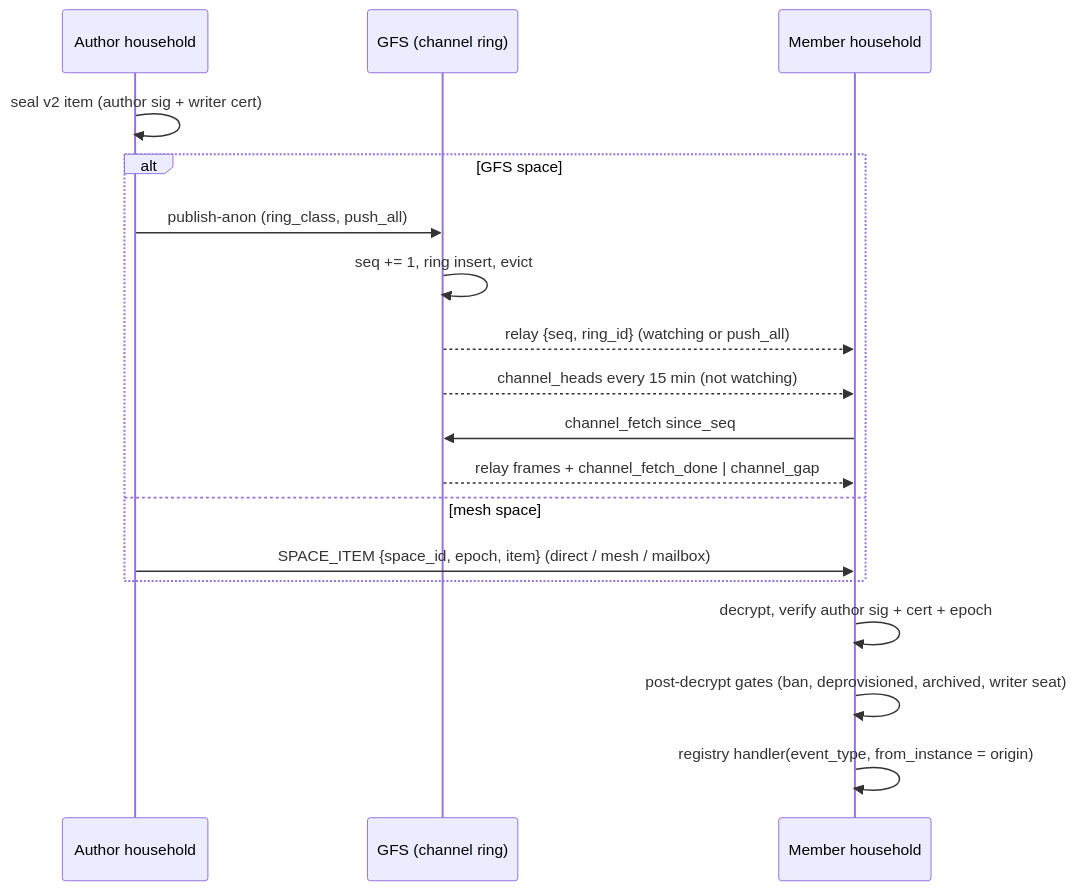
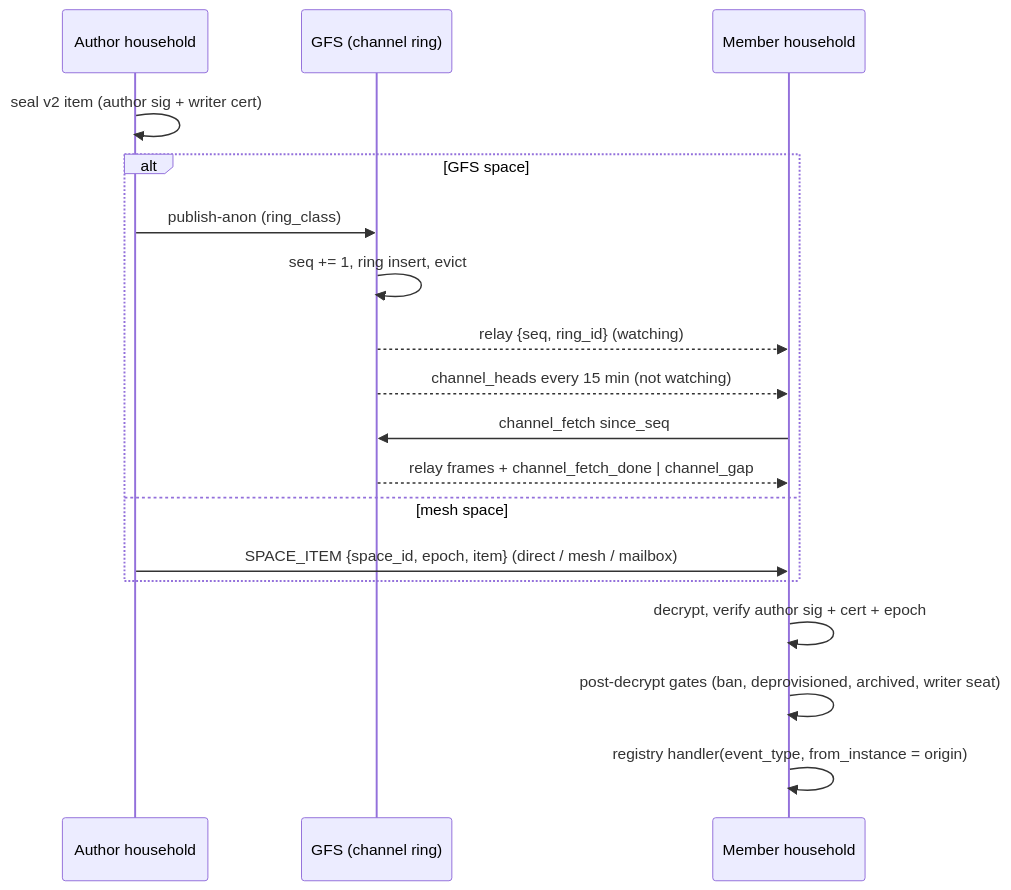
The diagram in docs/protocol/space-items.md (social-home-io/socialhome), drawn with Mermaid before and after one commit. The commit also changed other lines of this file and 44 other files, not shown here.

````diff
--- a/docs/protocol/space-items.md
+++ b/docs/protocol/space-items.md
@@ -154,20 +153,20 @@
 ```mermaid
 sequenceDiagram
     participant A as Author household
     participant G as GFS (channel ring)
     participant M as Member household
     A->>A: seal v2 item (author sig + writer cert)
     alt GFS space
-        A->>G: publish-anon (ring_class, push_all)
+        A->>G: publish-anon (ring_class)
         G->>G: seq += 1, ring insert, evict
-        G-->>M: relay {seq, ring_id} (watching or push_all)
+        G-->>M: relay {seq, ring_id} (watching)
         G-->>M: channel_heads every 15 min (not watching)
         M->>G: channel_fetch since_seq
         G-->>M: relay frames + channel_fetch_done | channel_gap
     else mesh space
         A->>M: SPACE_ITEM {space_id, epoch, item} (direct / mesh / mailbox)
     end
     M->>M: decrypt, verify author sig + cert + epoch
     M->>M: post-decrypt gates (ban, deprovisioned, archived, writer seat)
     M->>M: registry handler(event_type, from_instance = origin)
 ```
````
